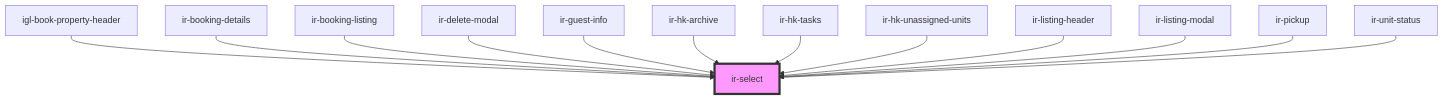
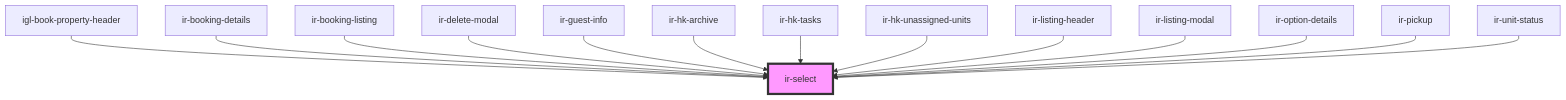
The diagram in src/components/ir-select/readme.md (David1Chowaifaty/modified-ir-webcmp), drawn with Mermaid before and after one commit. The commit also changed other lines of this file and 41 other files, not shown here.

````diff
--- a/src/components/ir-select/readme.md
+++ b/src/components/ir-select/readme.md
@@ -59,16 +60,17 @@
 ```mermaid
 graph TD;
   igl-book-property-header --> ir-select
   ir-booking-details --> ir-select
   ir-booking-listing --> ir-select
   ir-delete-modal --> ir-select
   ir-guest-info --> ir-select
   ir-hk-archive --> ir-select
   ir-hk-tasks --> ir-select
   ir-hk-unassigned-units --> ir-select
   ir-listing-header --> ir-select
   ir-listing-modal --> ir-select
+  ir-option-details --> ir-select
   ir-pickup --> ir-select
   ir-unit-status --> ir-select
   style ir-select fill:#f9f,stroke:#333,stroke-width:4px
 ```
````
